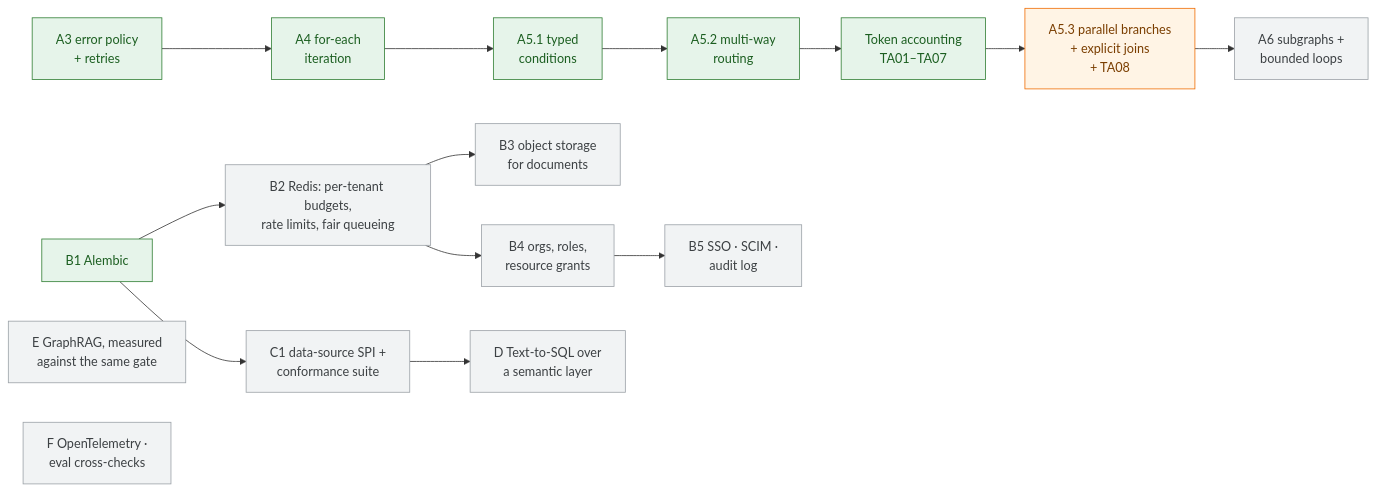
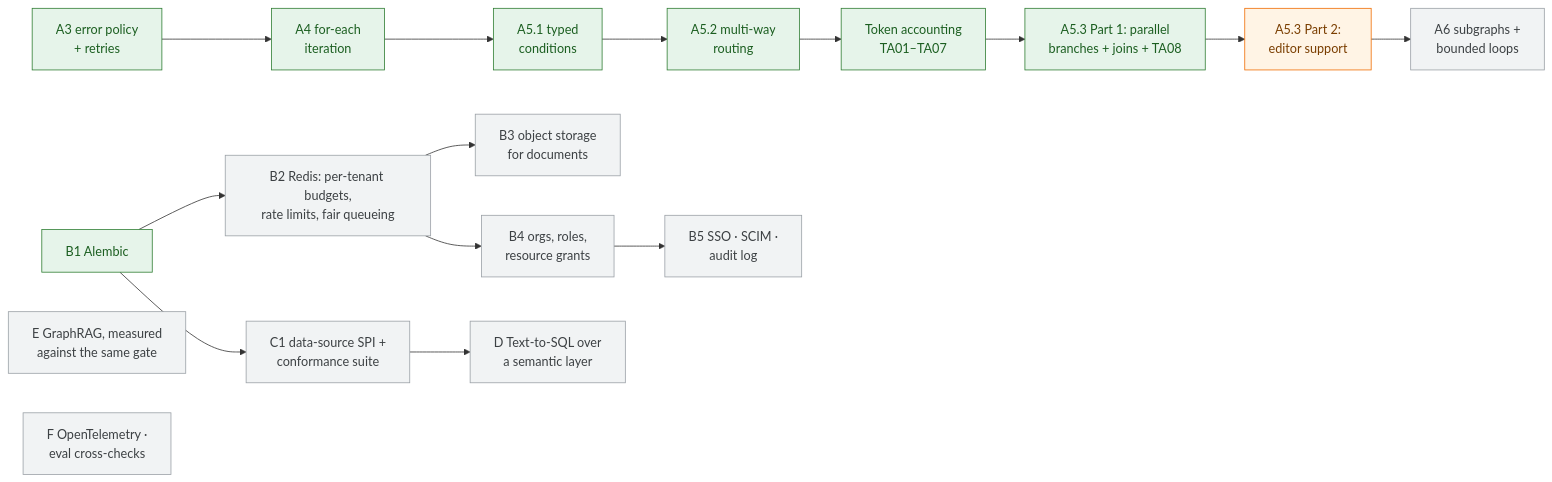
One commit to SoumithReddy6/Enterprise-No-Code-Agentic-AI-Workflow-Platform changed the seventh of 7 diagrams in README.md. Above: the diagram before and after it, drawn with Mermaid. The commit also changed other lines of this file and 31 other files, not shown here.

First line of the commit message:
Add parallel branches with an explicit Join and order accounting commits with a run lock (A5.3 Part 1, TA08)

````diff
--- a/README.md
+++ b/README.md
@@ -440,15 +440,15 @@
 ```mermaid
 flowchart LR
     classDef done fill:#e6f4ea,stroke:#2e7d32,color:#1b5e20
     classDef next fill:#fff4e5,stroke:#ef6c00,color:#7a3e00
     classDef later fill:#f1f3f4,stroke:#9aa0a6,color:#3c4043
 
     A3["A3 error policy<br/>+ retries"]:::done --> A4["A4 for-each<br/>iteration"]:::done --> A51["A5.1 typed<br/>conditions"]:::done
-    A51 --> A52["A5.2 multi-way<br/>routing"]:::done --> TA["Token accounting<br/>TA01–TA07"]:::done --> A53["A5.3 parallel branches<br/>+ explicit joins<br/>+ TA08"]:::next --> A6["A6 subgraphs +<br/>bounded loops"]:::later
+    A51 --> A52["A5.2 multi-way<br/>routing"]:::done --> TA["Token accounting<br/>TA01–TA07"]:::done --> A53["A5.3 Part 1: parallel<br/>branches + joins + TA08"]:::done --> A53E["A5.3 Part 2:<br/>editor support"]:::next --> A6["A6 subgraphs +<br/>bounded loops"]:::later
     B1["B1 Alembic"]:::done --> B2["B2 Redis: per-tenant budgets,<br/>rate limits, fair queueing"]:::later
     B2 --> B3["B3 object storage<br/>for documents"]:::later
     B2 --> B4["B4 orgs, roles,<br/>resource grants"]:::later --> B5["B5 SSO · SCIM ·<br/>audit log"]:::later
     B1 --> C1["C1 data-source SPI +<br/>conformance suite"]:::later --> D["D Text-to-SQL over<br/>a semantic layer"]:::later
     E["E GraphRAG, measured<br/>against the same gate"]:::later
     F["F OpenTelemetry ·<br/>eval cross-checks"]:::later
 ```
````
